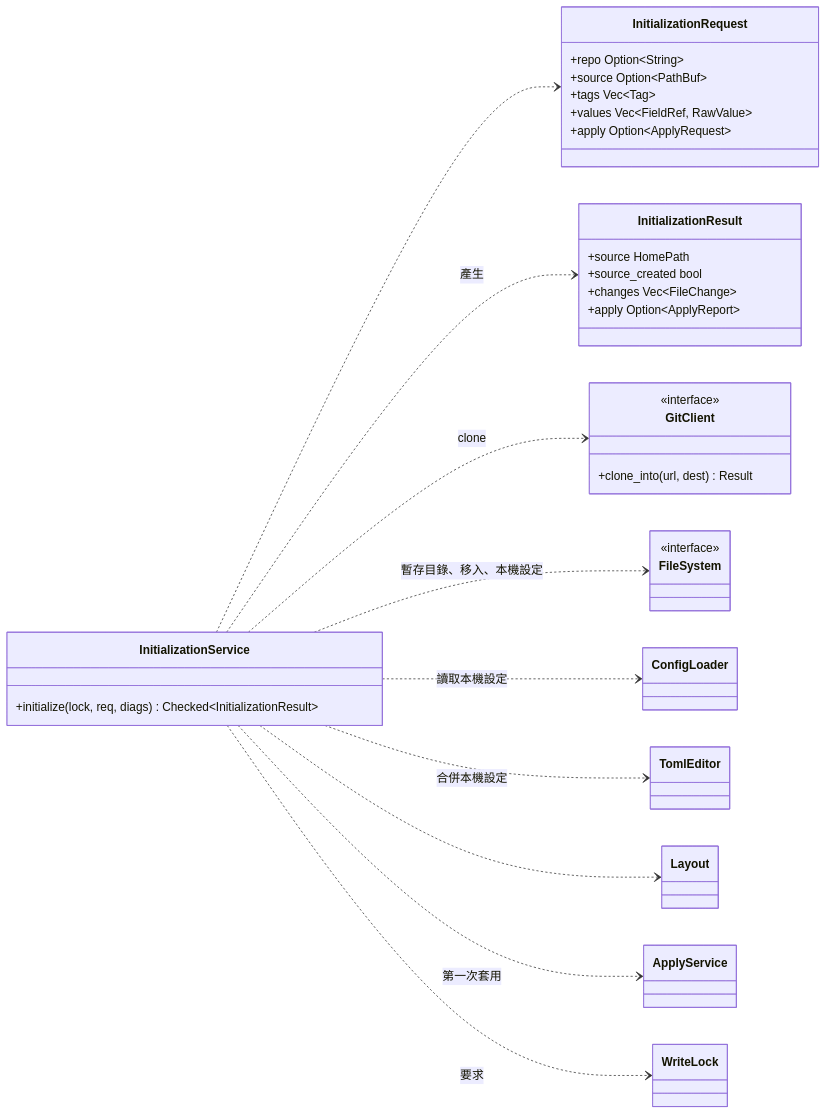
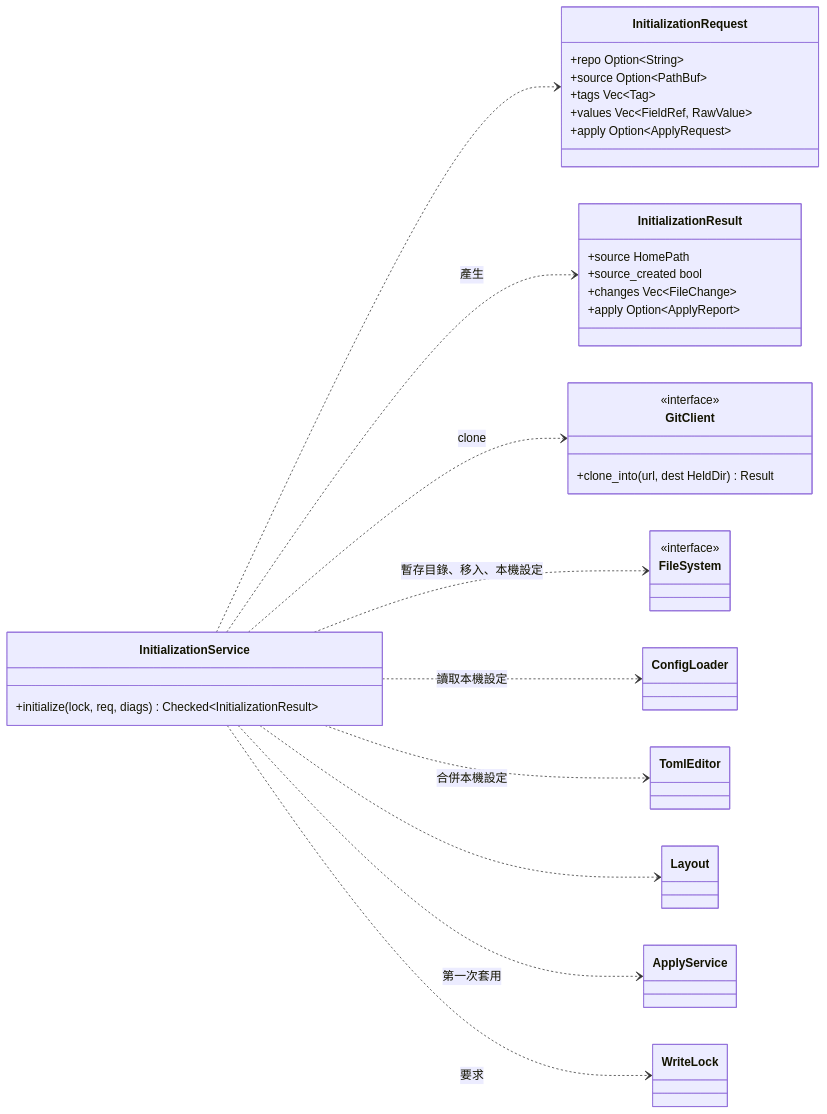
One commit to accidental-two-timer-sam-woof/rosamta-waterfall changed the ninth of 10 diagrams in docs/05-detailed-design/uml.md. Above: the diagram before and after it, drawn with Mermaid. The commit also changed other lines of this file and 1 other file, not shown here.

Commit message:
docs(detailed-design): run git clone inside the held staging directory

````diff
--- a/docs/05-detailed-design/uml.md
+++ b/docs/05-detailed-design/uml.md
@@ -739,42 +747,42 @@
 ```mermaid
 classDiagram
     direction LR
     class InitializationService {
         +initialize(lock, req, diags) Checked~InitializationResult~
     }
     class InitializationRequest {
         +repo Option~String~
         +source Option~PathBuf~
         +tags Vec~Tag~
         +values Vec~FieldRef, RawValue~
         +apply Option~ApplyRequest~
     }
     class InitializationResult {
         +source HomePath
         +source_created bool
         +changes Vec~FileChange~
         +apply Option~ApplyReport~
     }
     class GitClient {
         <<interface>>
-        +clone_into(url, dest) Result
+        +clone_into(url, dest HeldDir) Result
     }
     class ApplyService
     class ConfigLoader
     class TomlEditor
     class Layout
     class FileSystem {
         <<interface>>
     }
     class WriteLock
 
     InitializationService ..> InitializationRequest
     InitializationService ..> InitializationResult : 產生
     InitializationService ..> GitClient : clone
     InitializationService ..> FileSystem : 暫存目錄、移入、本機設定
     InitializationService ..> ConfigLoader : 讀取本機設定
     InitializationService ..> TomlEditor : 合併本機設定
     InitializationService ..> Layout
     InitializationService ..> ApplyService : 第一次套用
     InitializationService ..> WriteLock : 要求
 ```
````
